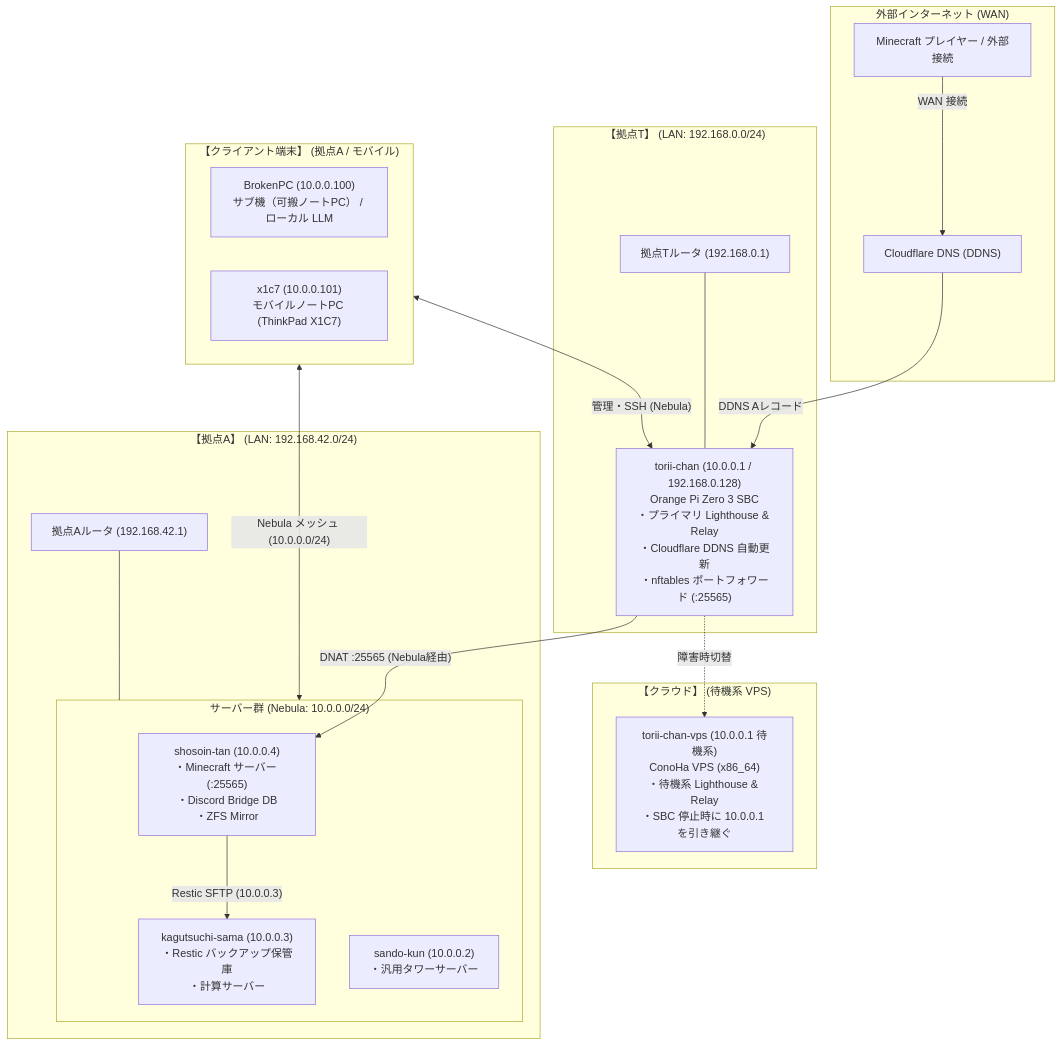
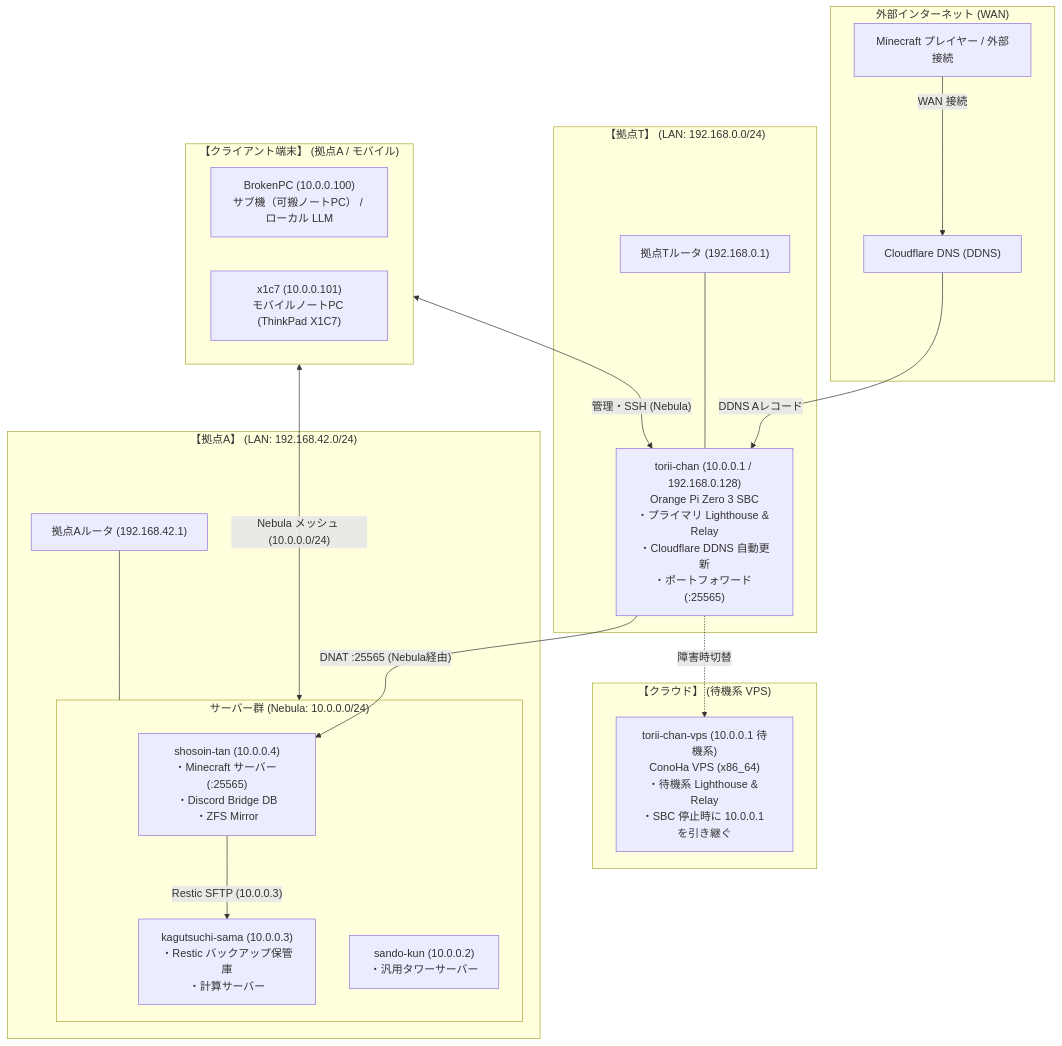
One commit to t3u-tsu/nix-config changed the diagram in docs/architecture/network-topology.md. Above: the diagram before and after it, drawn with Mermaid. The commit also changed other lines of this file and 16 other files, not shown here.

````diff
--- a/docs/architecture/network-topology.md
+++ b/docs/architecture/network-topology.md
@@ -11,47 +11,47 @@
 ```mermaid
 flowchart TD
     subgraph WAN["外部インターネット (WAN)"]
         User["Minecraft プレイヤー / 外部接続"]
         CF["Cloudflare DNS (DDNS)"]
     end
 
     subgraph SiteT["【拠点T】 (LAN: 192.168.0.0/24)"]
         TRouter["拠点Tルータ (192.168.0.1)"]
-        Torii["torii-chan (10.0.0.1 / 192.168.0.128)<br>Orange Pi Zero 3 SBC<br>・プライマリ Lighthouse & Relay<br>・Cloudflare DDNS 自動更新<br>・nftables ポートフォワード (:25565)"]
+        Torii["torii-chan (10.0.0.1 / 192.168.0.128)<br>Orange Pi Zero 3 SBC<br>・プライマリ Lighthouse & Relay<br>・Cloudflare DDNS 自動更新<br>・ポートフォワード (:25565)"]
         TRouter --- Torii
     end
 
     subgraph Failover["【クラウド】 (待機系 VPS)"]
         VPS["torii-chan-vps (10.0.0.1 待機系)<br>ConoHa VPS (x86_64)<br>・待機系 Lighthouse & Relay<br>・SBC 停止時に 10.0.0.1 を引き継ぐ"]
     end
 
     subgraph SiteA["【拠点A】 (LAN: 192.168.42.0/24)"]
         ARouter["拠点Aルータ (192.168.42.1)"]
 
         subgraph Servers["サーバー群 (Nebula: 10.0.0.0/24)"]
             Shosoin["shosoin-tan (10.0.0.4)<br>・Minecraft サーバー (:25565)<br>・Discord Bridge DB<br>・ZFS Mirror"]
             Kagutsuchi["kagutsuchi-sama (10.0.0.3)<br>・Restic バックアップ保管庫<br>・計算サーバー"]
             Sando["sando-kun (10.0.0.2)<br>・汎用タワーサーバー"]
         end
 
         ARouter --- Servers
     end
 
     subgraph RoamingClients["【クライアント端末】 (拠点A / モバイル)"]
         BrokenPC["BrokenPC (10.0.0.100)<br>サブ機（可搬ノートPC） / ローカル LLM"]
         X1C7["x1c7 (10.0.0.101)<br>モバイルノートPC (ThinkPad X1C7)"]
     end
 
     %% WAN トラフィック
     User -->|WAN 接続| CF
     CF -->|DDNS Aレコード| Torii
     Torii -->|"DNAT :25565 (Nebula経由)"| Shosoin
 
     %% Nebula メッシュオーバーレイ通信
     RoamingClients <-->|"Nebula メッシュ (10.0.0.0/24)"| Servers
     RoamingClients <-->|"管理・SSH (Nebula)"| Torii
     Shosoin -->|"Restic SFTP (10.0.0.3)"| Kagutsuchi
 
     %% フェイルオーバー
     Torii -.->|"障害時切替"| VPS
 ```
````
